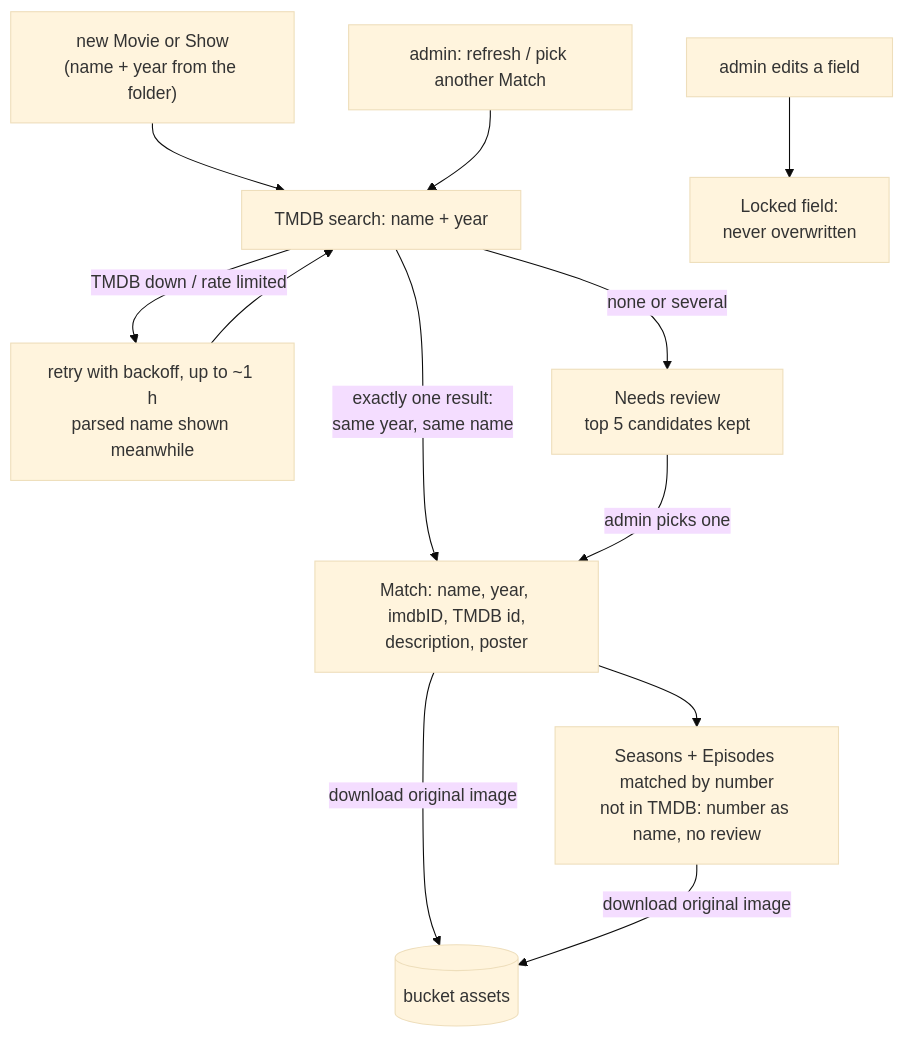
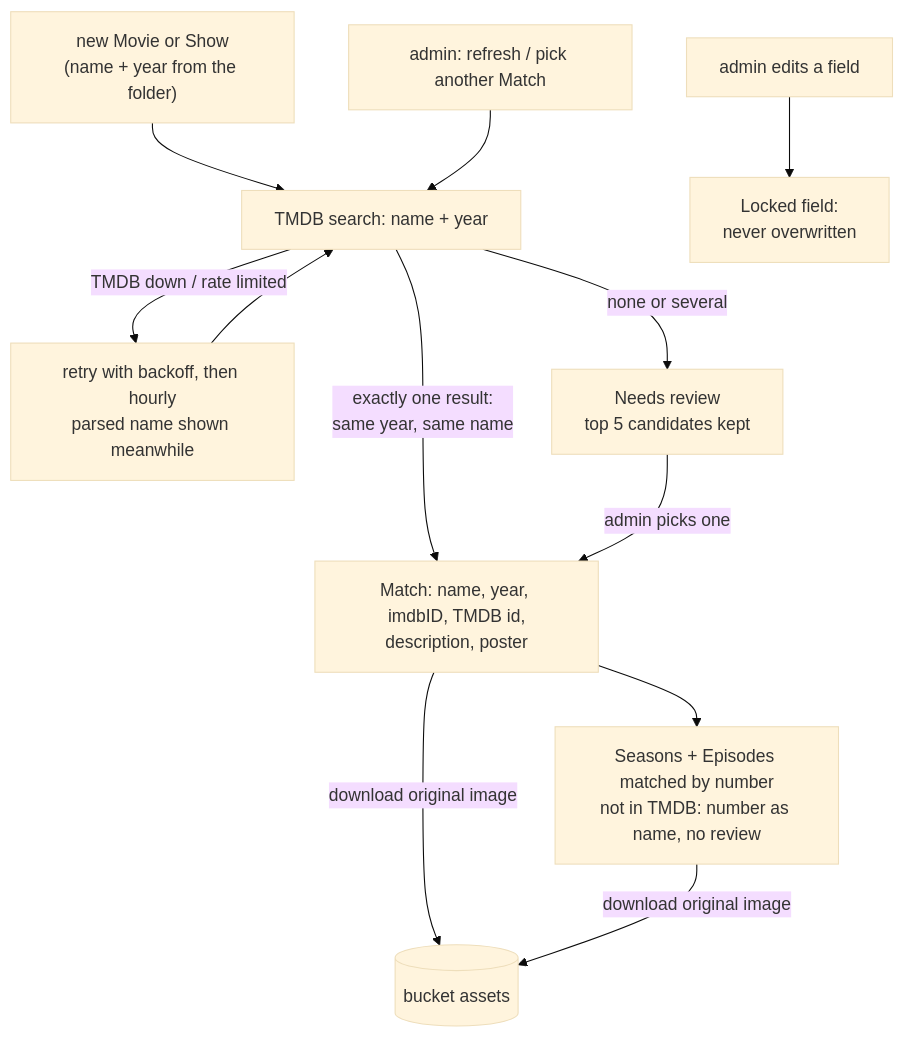
The third of 4 diagrams in docs/architecture/asset-server.md (Domeimeie/DodoGlass), drawn with Mermaid (base theme) before and after one commit. The commit also changed other lines of this file and 3 other files, not shown here.

First line of the commit message:
Asset server: keep retrying TMDB lookups hourly through an outage

````diff
--- a/docs/architecture/asset-server.md
+++ b/docs/architecture/asset-server.md
@@ -259,12 +261,12 @@
 ```mermaid
 flowchart TB
     New["new Movie or Show<br/>(name + year from the folder)"] --> Search["TMDB search: name + year"]
-    Search -->|"TMDB down / rate limited"| Retry["retry with backoff, up to ~1 h<br/>parsed name shown meanwhile"] --> Search
+    Search -->|"TMDB down / rate limited"| Retry["retry with backoff, then hourly<br/>parsed name shown meanwhile"] --> Search
     Search -->|"exactly one result:<br/>same year, same name"| Match["Match: name, year, imdbID, TMDB id,<br/>description, poster"]
     Search -->|"none or several"| Review["Needs review<br/>top 5 candidates kept"]
     Review -->|"admin picks one"| Match
     Match --> Cascade["Seasons + Episodes matched by number<br/>not in TMDB: number as name, no review"]
     Match & Cascade -->|"download original image"| Assets[("bucket assets")]
     Edit["admin edits a field"] --> Lock["Locked field:<br/>never overwritten"]
     Refresh["admin: refresh / pick another Match"] --> Search
 ```
````
